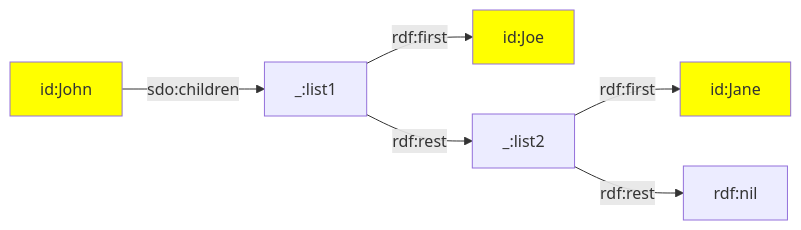
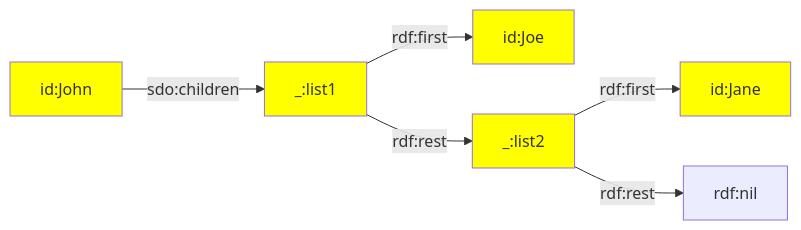
One commit to TriplyDB/Documentation changed the fifth of 9 diagrams in docs/triply-etl/assert/ratt/index.md. Above: the diagram before and after it, drawn with Mermaid. The commit also changed other lines of this file, not shown here.

Commit message:
Updated mermaid diagrams

````diff
--- a/docs/triply-etl/assert/ratt/index.md
+++ b/docs/triply-etl/assert/ratt/index.md
@@ -335,16 +338,18 @@
 ```mermaid
 graph LR
-john -- sdo:children --> _:list1
+john -- sdo:children --> list1
 
-_:list1 -- rdf:first --> joe
-_:list1 --  rdf:rest -->  _:list2
+list1 -- rdf:first --> joe
+list1 --  rdf:rest -->  list2
 
-_:list2 -- rdf:first -->  jane
-_:list2 -- rdf:rest --> rdf:nil
+list2 -- rdf:first -->  jane
+list2 -- rdf:rest --> rdf:nil
 
-  john[id:John]:::data
-  joe[id:Joe]:::data
-  jane[id:Jane]:::data
+list1[_:list1]:::data
+list2[_:list2]:::data
+john[id:John]:::data
+joe[id:Joe]:::data
+jane[id:Jane]:::data
 
-  classDef data fill:yellow
+classDef data fill:yellow
 ```
````
